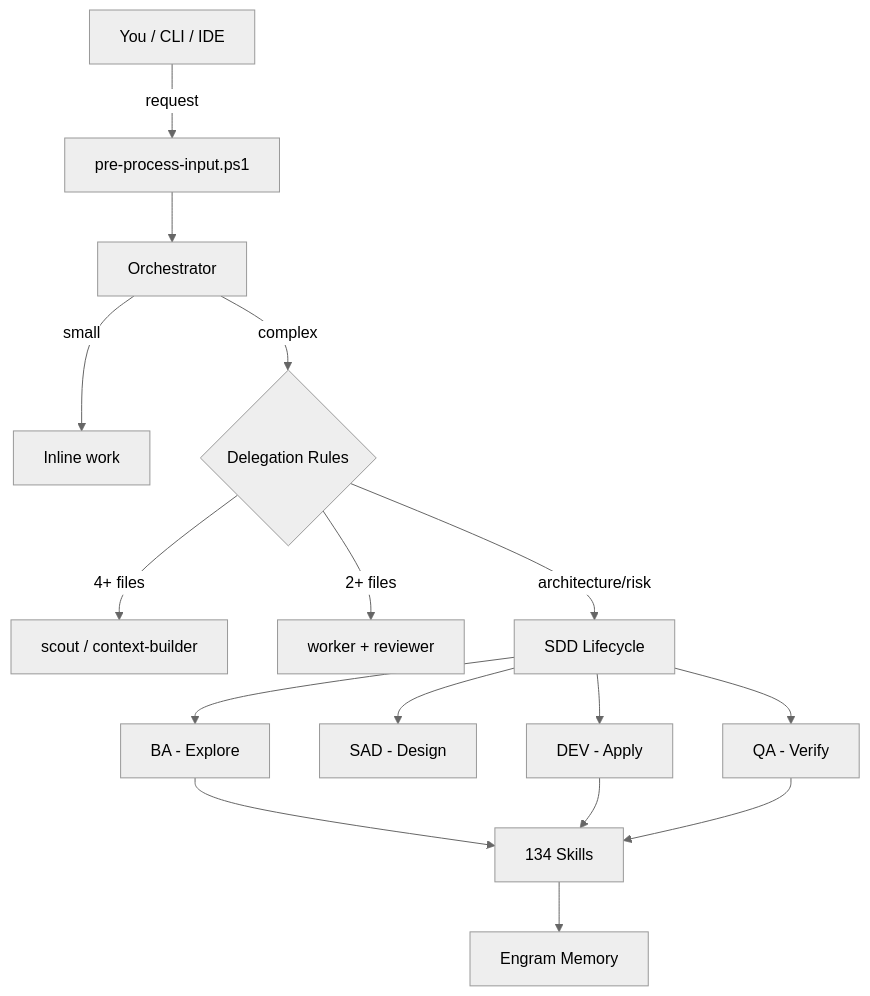
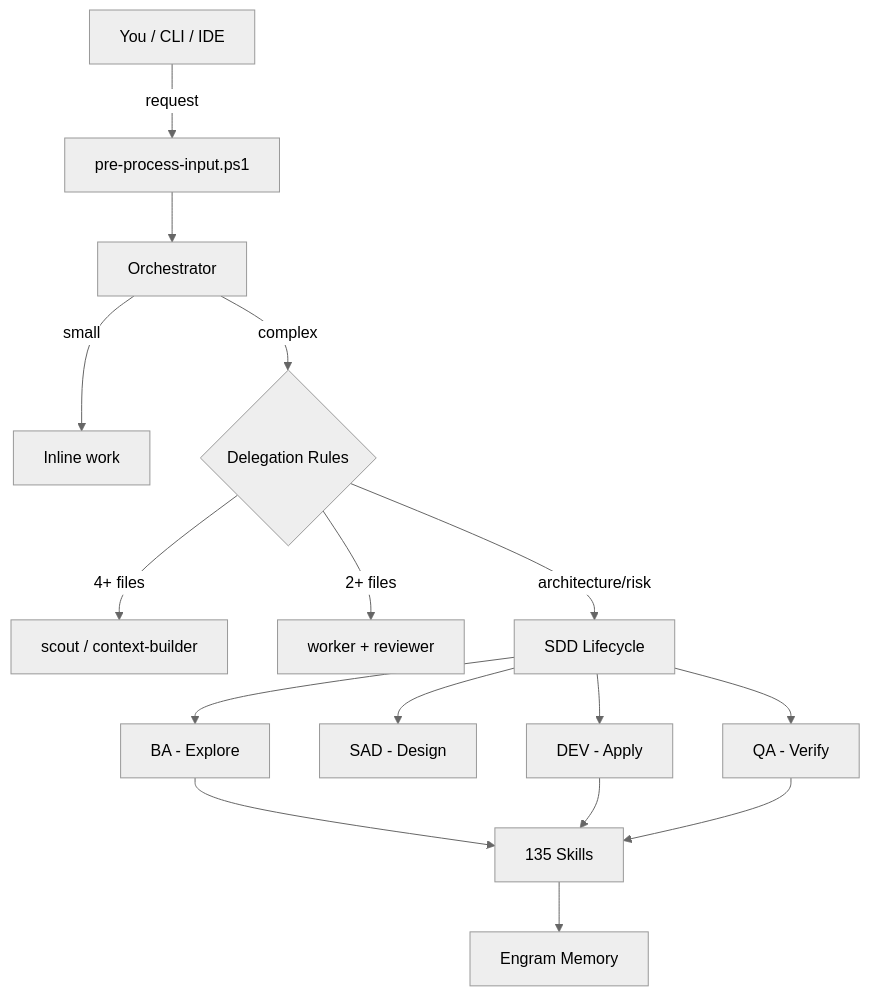
Before and after one commit to EmmanuelOrtiz87/gentle-vanguard: the diagram in README-PUBLIC.md, drawn with Mermaid (neutral theme). The commit also changed other lines of this file and 2 other files, not shown here.

Commit message:
docs: corrige stats README (17→18 agents, 134→135 skills, footer v2.20.0) + añade CODEGRAPH agent, corrige tabla workflows

````diff
--- a/README-PUBLIC.md
+++ b/README-PUBLIC.md
@@ -57,23 +57,23 @@
 ```mermaid
 flowchart TB
     YOU[You / CLI / IDE]
     YOU -->|request| PP[pre-process-input.ps1]
     PP --> ORC[Orchestrator]
 
     ORC -->|small| INLINE[Inline work]
     ORC -->|complex| DELEGATE{Delegation Rules}
     DELEGATE -->|4+ files| SCOUT[scout / context-builder]
     DELEGATE -->|2+ files| WORKER[worker + reviewer]
     DELEGATE -->|architecture/risk| SDD[SDD Lifecycle]
 
     SDD --> BA[BA - Explore]
     SDD --> SAD[SAD - Design]
     SDD --> DEV[DEV - Apply]
     SDD --> QA[QA - Verify]
 
-    BA --> SKILLS[134 Skills]
+    BA --> SKILLS[135 Skills]
     DEV --> SKILLS
     QA --> SKILLS
 
     SKILLS --> MEM[Engram Memory]
 ```
````
